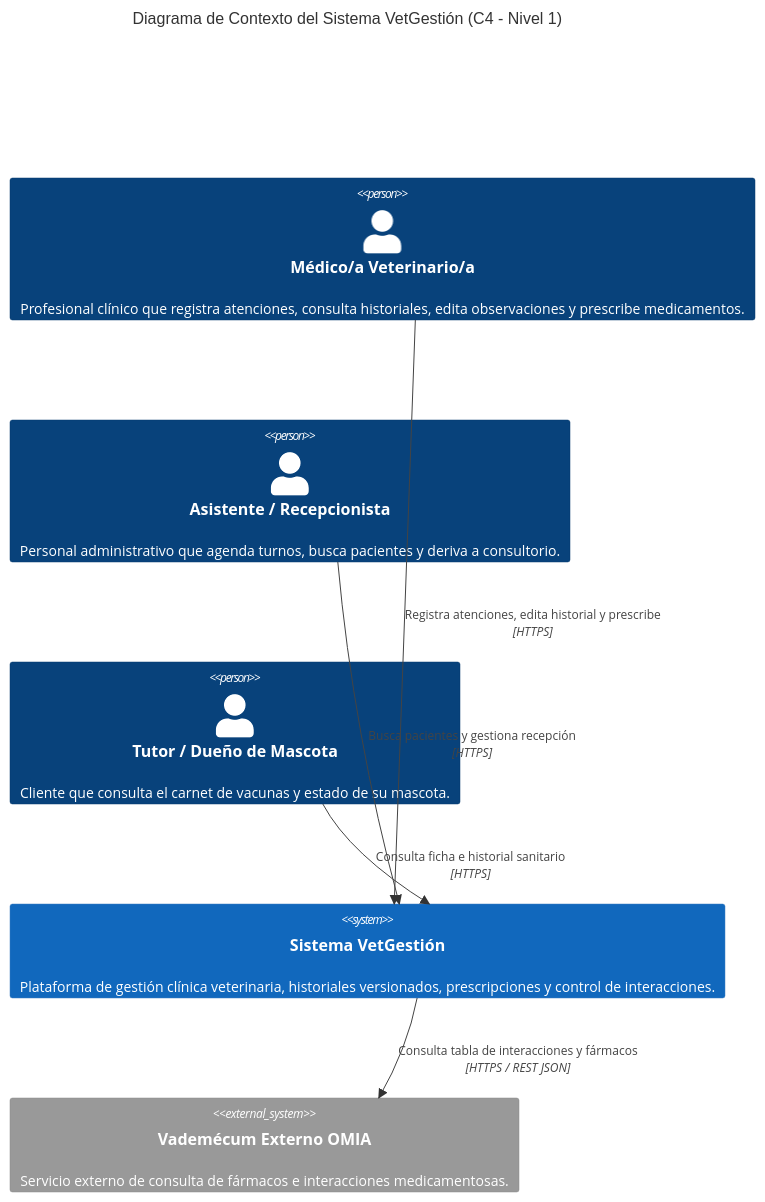
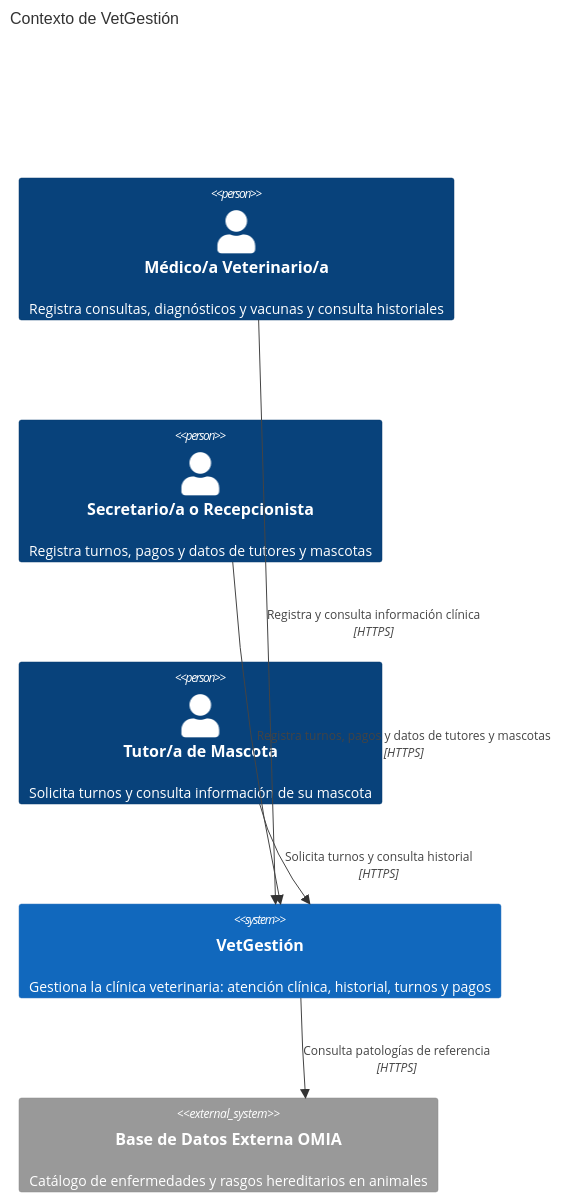
One commit to DinoMondino/sistema-gestion-veterinaria-2026 changed the second of 4 diagrams in docs/architecture/arquitectura.md. Above: the diagram before and after it, drawn with Mermaid. The commit also changed other lines of this file, not shown here.

First line of the commit message:
docs(architecture): se reescribe el contexto para cumplir con lo presentado en TP1

````diff
--- a/docs/architecture/arquitectura.md
+++ b/docs/architecture/arquitectura.md
@@ -62,18 +93,14 @@
 ```mermaid
 C4Context
-    title Diagrama de Contexto del Sistema VetGestión (C4 - Nivel 1)
-
-    Person(vet, "Médico/a Veterinario/a", "Profesional clínico que registra atenciones, consulta historiales, edita observaciones y prescribe medicamentos.")
-    Person(sec, "Asistente / Recepcionista", "Personal administrativo que agenda turnos, busca pacientes y deriva a consultorio.")
-    Person(tutor, "Tutor / Dueño de Mascota", "Cliente que consulta el carnet de vacunas y estado de su mascota.")
-
-    System(sysVet, "Sistema VetGestión", "Plataforma de gestión clínica veterinaria, historiales versionados, prescripciones y control de interacciones.")
-
-    System_Ext(omnia, "Vademécum Externo OMIA", "Servicio externo de consulta de fármacos e interacciones medicamentosas.")
-
-    Rel(vet, sysVet, "Registra atenciones, edita historial y prescribe", "HTTPS")
-    Rel(sec, sysVet, "Busca pacientes y gestiona recepción", "HTTPS")
-    Rel(tutor, sysVet, "Consulta ficha e historial sanitario", "HTTPS")
-
-    Rel(sysVet, omnia, "Consulta tabla de interacciones y fármacos", "HTTPS / REST JSON")
+    title Contexto de VetGestión
+    Person(vet, "Médico/a Veterinario/a", "Registra consultas, diagnósticos y vacunas y consulta historiales")
+    Person(sec, "Secretario/a o Recepcionista", "Registra turnos, pagos y datos de tutores y mascotas")
+    Person(tutor, "Tutor/a de Mascota", "Solicita turnos y consulta información de su mascota")
+    System(sis, "VetGestión", "Gestiona la clínica veterinaria: atención clínica, historial, turnos y pagos")
+    System_Ext(omia, "Base de Datos Externa OMIA", "Catálogo de enfermedades y rasgos hereditarios en animales")
+    Rel(vet, sis, "Registra y consulta información clínica", "HTTPS")
+    Rel(sec, sis, "Registra turnos, pagos y datos de tutores y mascotas", "HTTPS")
+    Rel(tutor, sis, "Solicita turnos y consulta historial", "HTTPS")
+    Rel(sis, omia, "Consulta patologías de referencia", "HTTPS")
+    UpdateLayoutConfig($c4ShapeInRow="3", $c4BoundaryInRow="1")
 ```
````
